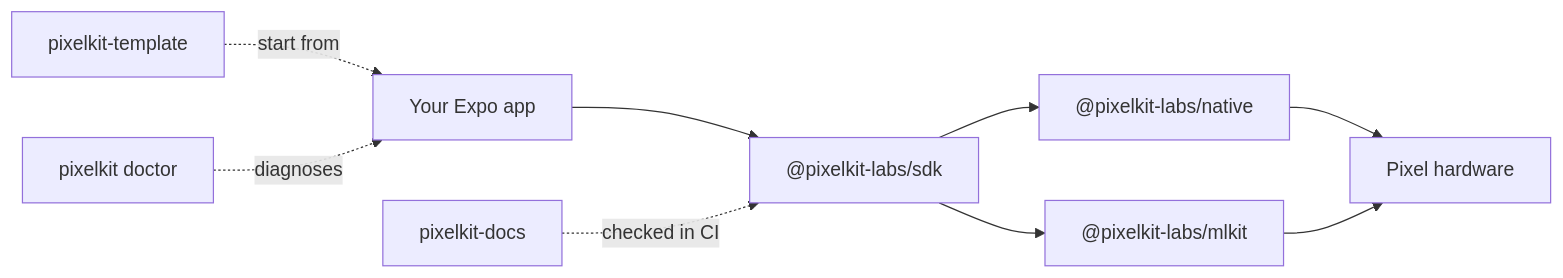
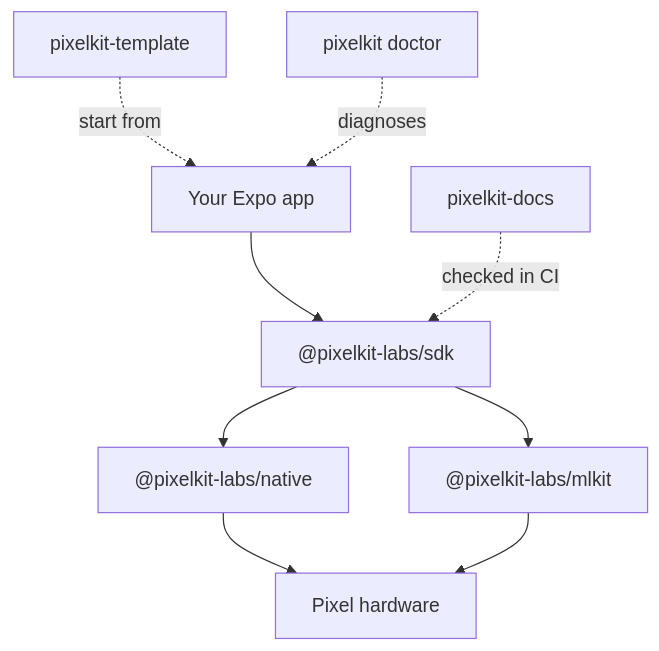
The diagram in profile/README.md (PixelKit-Labs/.github), drawn with Mermaid before and after one commit.

Commit message:
docs: lay the profile diagram out top to bottom
Drawn left to right, the diagram was wider than GitHub's Mermaid frame, so it
rendered at a small scale and its last node, "Pixel hardware" — the thing every
arrow leads to — sat under GitHub's pan and zoom controls at the right edge.

Top to bottom it follows the dependency chain the way it reads: your app, the
SDK, the two native modules, the hardware, with the template, the CLI and the
docs attached at the side. It fits the frame's width, so the text renders
larger and nothing reaches the controls.

Claude-Session: https://claude.ai/code/session_01K18iLN2Fwe55vNyMXKgXE7

````diff
--- a/profile/README.md
+++ b/profile/README.md
@@ -40,11 +40,11 @@
 ```mermaid
-flowchart LR
+flowchart TB
+  template["pixelkit-template"] -. "start from" .-> app
+  cli["pixelkit doctor"] -. "diagnoses" .-> app
   app["Your Expo app"] --> sdk["@pixelkit-labs/sdk"]
+  docs["pixelkit-docs"] -. "checked in CI" .-> sdk
   sdk --> native["@pixelkit-labs/native"]
   sdk --> mlkit["@pixelkit-labs/mlkit"]
   native --> pixel["Pixel hardware"]
   mlkit --> pixel
-  template["pixelkit-template"] -. "start from" .-> app
-  cli["pixelkit doctor"] -. "diagnoses" .-> app
-  docs["pixelkit-docs"] -. "checked in CI" .-> sdk
 ```
````
